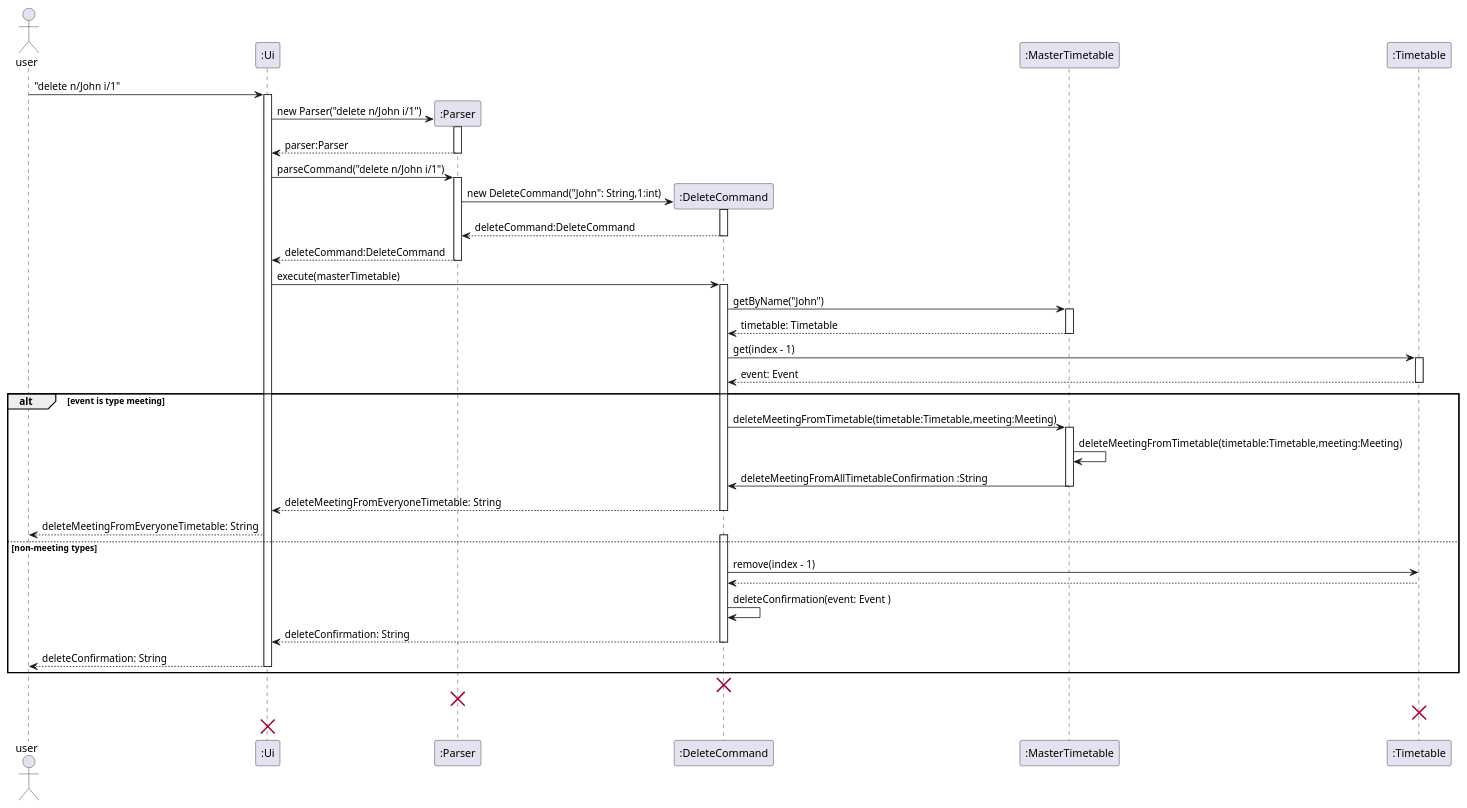
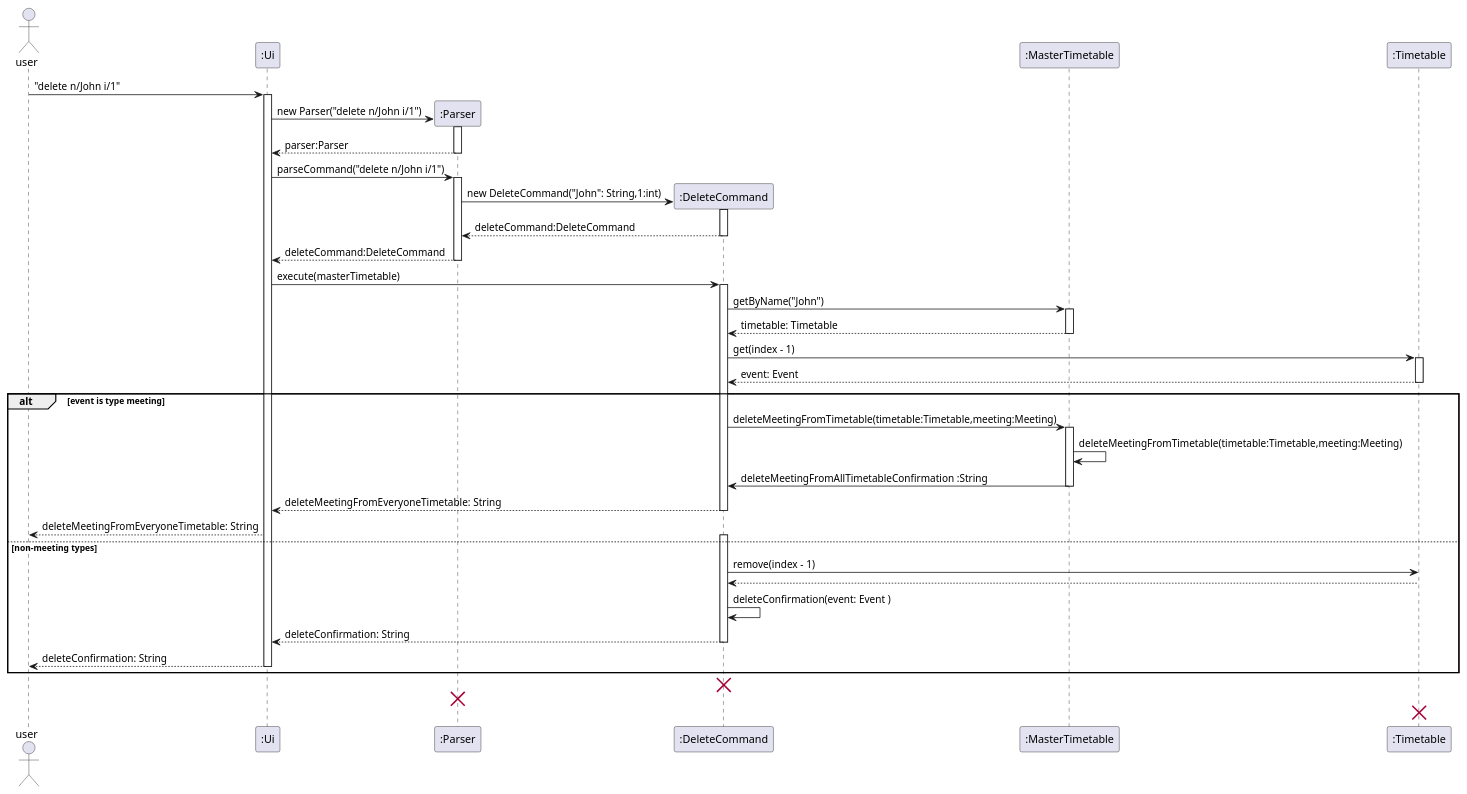
Before and after one commit to nus-cs2113-AY2122S2/tp: the diagram in docs/diagrams/DeleteCommandSequenceDiagram.puml, drawn with PlantUML. The commit also changed 18 other files, not shown here.

Commit message:
Edit DG and refactor diagrams

```diff
--- a/docs/diagrams/DeleteCommandSequenceDiagram.puml
+++ b/docs/diagrams/DeleteCommandSequenceDiagram.puml
@@ -1,37 +1,37 @@
 @startuml
 actor user
 
 user -> ":Ui" ++ : "delete n/John i/1"
 create ":Parser"
 ":Ui" -> ":Parser" ++: new Parser("delete n/John i/1")
 ":Parser" --> ":Ui" --: parser:Parser
 ":Ui" -> ":Parser" ++: parseCommand("delete n/John i/1")
 create ":DeleteCommand"
 ":Parser" -> ":DeleteCommand" ++: new DeleteCommand("John": String,1:int)
 ":DeleteCommand" --> ":Parser" --: deleteCommand:DeleteCommand
 ":Parser" --> ":Ui" --: deleteCommand:DeleteCommand
 ":Ui" -> ":DeleteCommand" ++: execute(masterTimetable)
 ":DeleteCommand" -> ":MasterTimetable" ++: getByName("John")
 ":MasterTimetable" --> ":DeleteCommand" -- : timetable: Timetable
 ":DeleteCommand" -> ":Timetable" ++: get(index - 1)
 ":Timetable" --> ":DeleteCommand" -- : event: Event
 alt event is type meeting
 ":DeleteCommand" -> ":MasterTimetable" ++: deleteMeetingFromTimetable(timetable:Timetable,meeting:Meeting)
 ":MasterTimetable" -> ":MasterTimetable" : deleteMeetingFromTimetable(timetable:Timetable,meeting:Meeting)
 ":MasterTimetable" -> ":DeleteCommand" --: deleteMeetingFromAllTimetableConfirmation :String
 ":DeleteCommand" --> ":Ui" --: deleteMeetingFromEveryoneTimetable: String
 ":Ui" --> "user" : deleteMeetingFromEveryoneTimetable: String
 
 else non-meeting types
 activate ":DeleteCommand"
 ":DeleteCommand" -> ":Timetable" : remove(index - 1)
 ":Timetable" --> ":DeleteCommand" --:
 ":DeleteCommand" -> ":DeleteCommand" : deleteConfirmation(event: Event )
 ":DeleteCommand" --> ":Ui" --: deleteConfirmation: String
 ":Ui" --> "user" --: deleteConfirmation: String
 end
 destroy ":DeleteCommand"
 destroy ":Parser"
 destroy ":Timetable"
-destroy ":Ui"
+
 @enduml
```
